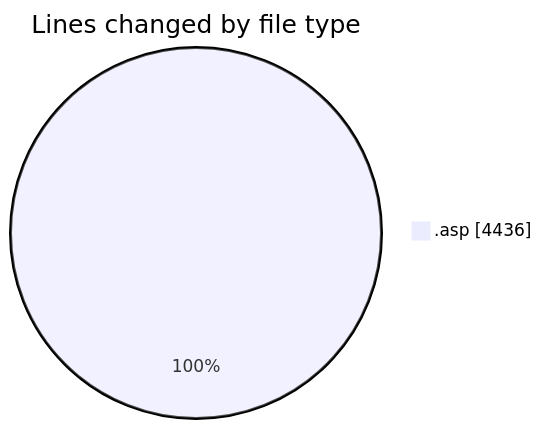
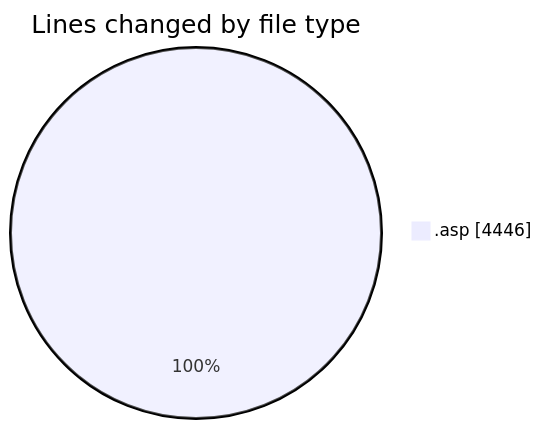
The first of 2 diagrams in 2025-10-17/cdp_aleoudev_fr__workspace_/README.md (julien-gomy/code-tracking), drawn with Mermaid before and after one commit. The commit also changed other lines of this file and 1 other file, not shown here.

````diff
--- a/2025-10-17/cdp_aleoudev_fr__workspace_/README.md
+++ b/2025-10-17/cdp_aleoudev_fr__workspace_/README.md
@@ -24,5 +24,5 @@
 ```mermaid
 pie showData
 title Lines changed by file type
-".asp" : 4436
+".asp" : 4446
 ```
````
